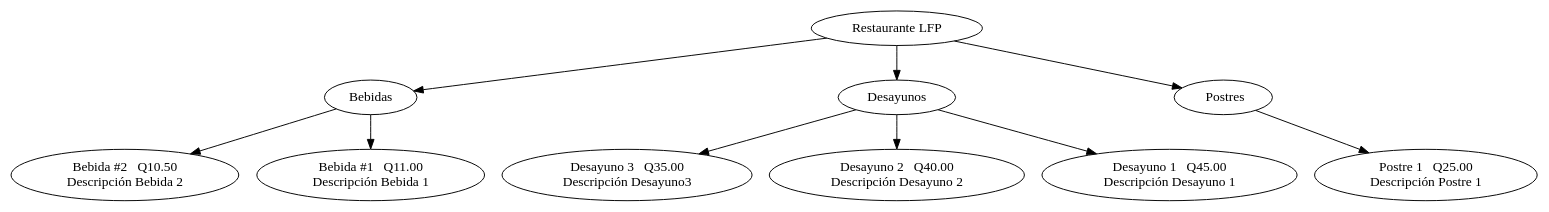
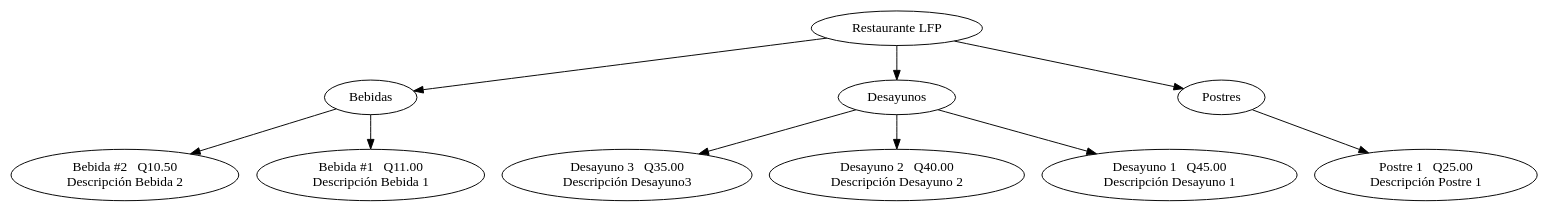
One commit to DanielDubonDR/LFP-Proyecto1_201901772 changed the diagram in Arbol/arbolMenu.dot. Above: the diagram before and after it, drawn with Graphviz. The commit also changed 3 other files, not shown here.

```diff
--- a/Arbol/arbolMenu.dot
+++ b/Arbol/arbolMenu.dot
@@ -1,28 +1,28 @@
 // Grafica
 digraph {
 	0 [label="Restaurante LFP"]
 	1 [label=Bebidas]
 	0 -> 1
 	2 [label=Desayunos]
 	0 -> 2
-	3 [label="  Postres"]
+	3 [label=Postres]
 	0 -> 3
 	bebida_2 [label="Bebida #2   Q10.50
 Descripción Bebida 2"]
 	1 -> bebida_2
 	bebida_1 [label="Bebida #1   Q11.00
 Descripción Bebida 1"]
 	1 -> bebida_1
 	pos_001 [label="Postre 1   Q25.00
 Descripción Postre 1"]
 	3 -> pos_001
 	d3 [label="Desayuno 3   Q35.00
 Descripción Desayuno3"]
 	2 -> d3
 	d2 [label="Desayuno 2   Q40.00
 Descripción Desayuno 2"]
 	2 -> d2
 	d1 [label="Desayuno 1   Q45.00
 Descripción Desayuno 1"]
 	2 -> d1
 }
```
